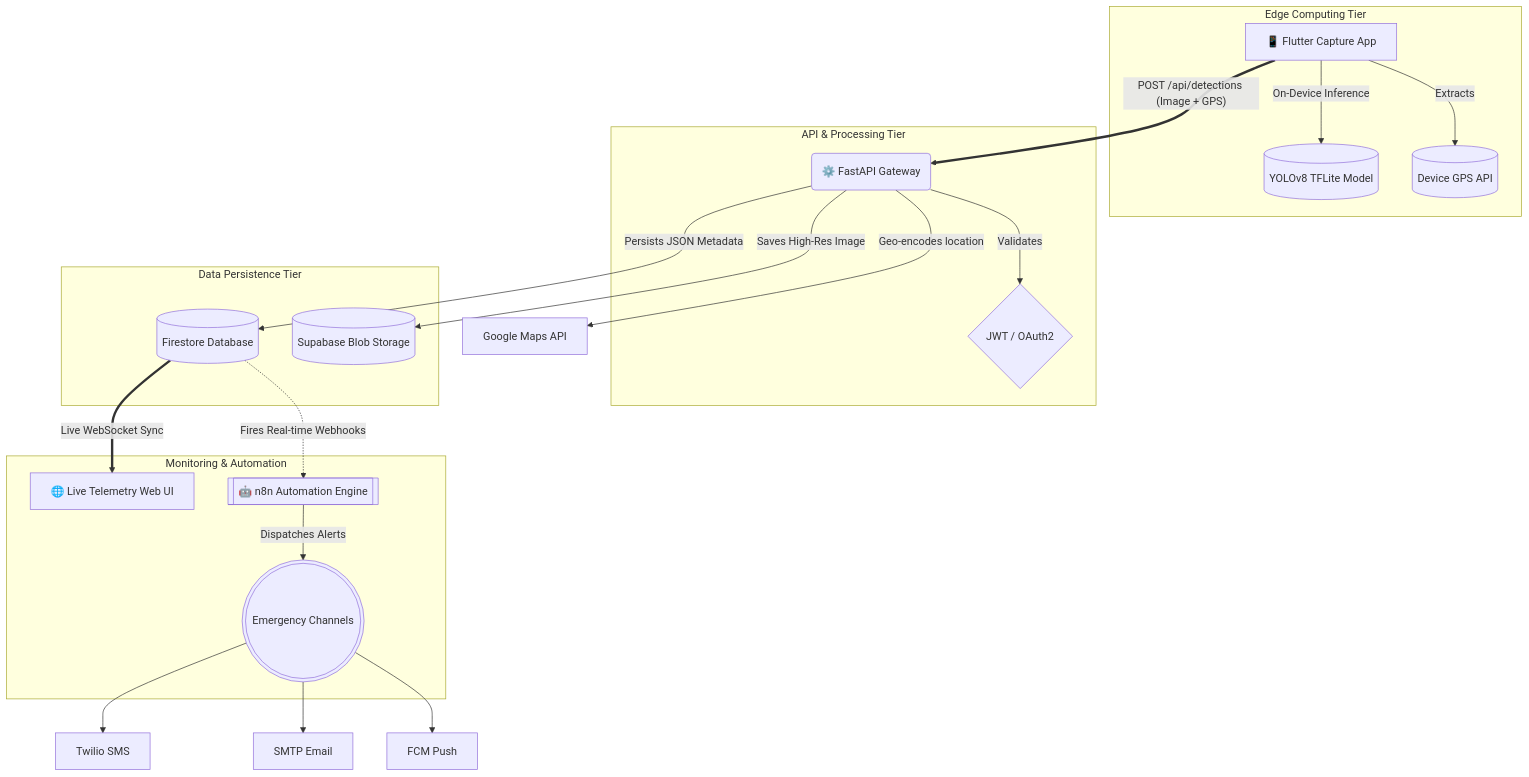
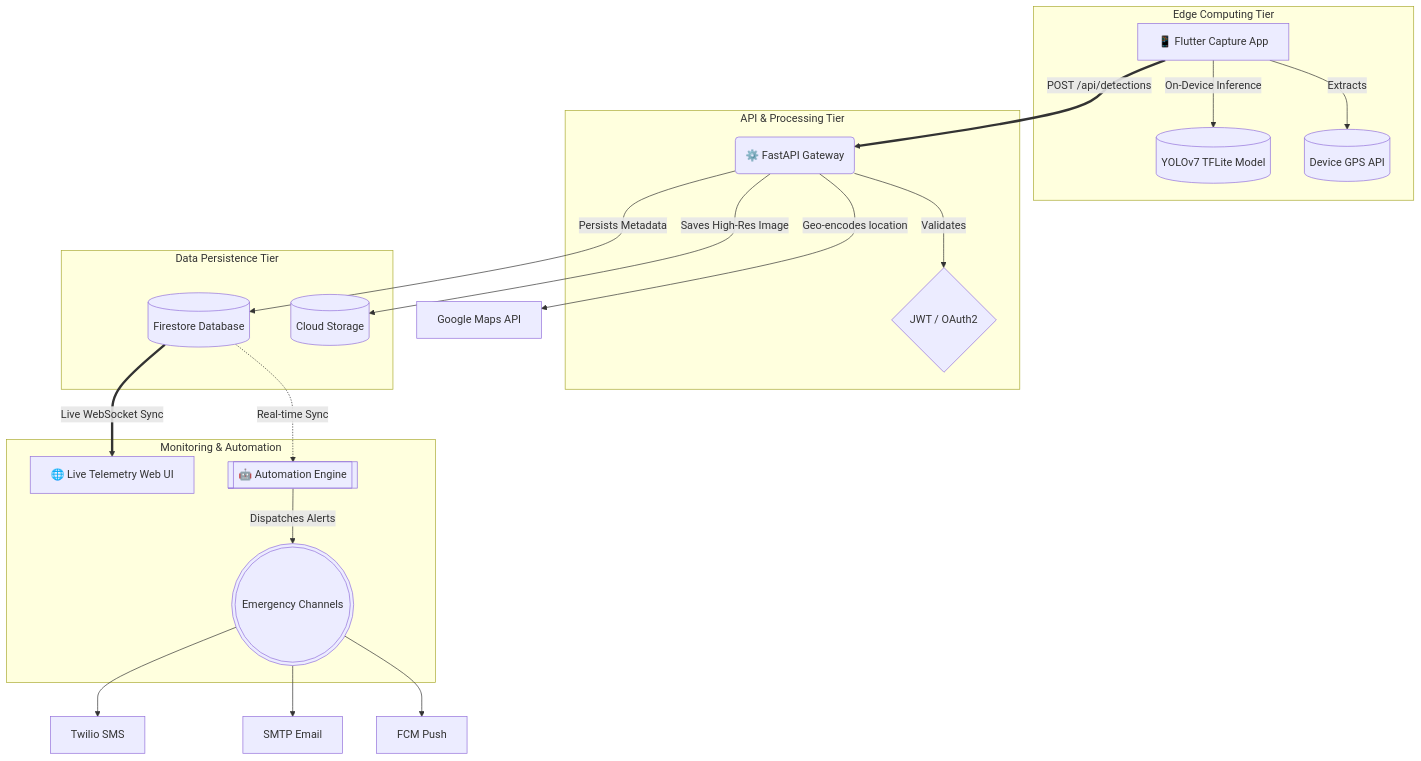
The diagram in README.md (vinaykumarbharwal/Wildfire_Detection), drawn with Mermaid before and after one commit. The commit also changed other lines of this file and 3 other files, not shown here.

````diff
--- a/README.md
+++ b/README.md
@@ -40,38 +26,38 @@
 ```mermaid
 graph TD
     subgraph "Edge Computing Tier"
         A[📱 Flutter Capture App]
-        A -->|On-Device Inference| TFL[(YOLOv8 TFLite Model)]
+        A -->|On-Device Inference| TFL[(YOLOv7 TFLite Model)]
         A -->|Extracts| GPS[(Device GPS API)]
     end
 
     subgraph "API & Processing Tier"
         B(⚙️ FastAPI Gateway)
         B -->|Validates| AUTH{JWT / OAuth2}
     end
 
     subgraph "Data Persistence Tier"
         C[(Firestore Database)]
-        D[(Supabase Blob Storage)]
+        D[(Cloud Storage)]
     end
 
     subgraph "Monitoring & Automation"
         E[🌐 Live Telemetry Web UI]
-        F[[🤖 n8n Automation Engine]]
+        F[[🤖 Automation Engine]]
         G(((Emergency Channels)))
     end
 
     %% Data Flows
-    A == "POST /api/detections (Image + GPS)" ==> B
+    A == "POST /api/detections" ==> B
     B -- "Geo-encodes location" --> MAPS[Google Maps API]
     B -- "Saves High-Res Image" --> D
-    B -- "Persists JSON Metadata" --> C
+    B -- "Persists Metadata" --> C
     
-    C -. "Fires Real-time Webhooks" .-> F
+    C -. "Real-time Sync" .-> F
     C == "Live WebSocket Sync" ==> E
     
     F -- "Dispatches Alerts" --> G
     G --> SMS[Twilio SMS]
     G --> EMAIL[SMTP Email]
     G --> PUSH[FCM Push]
 ```
````
